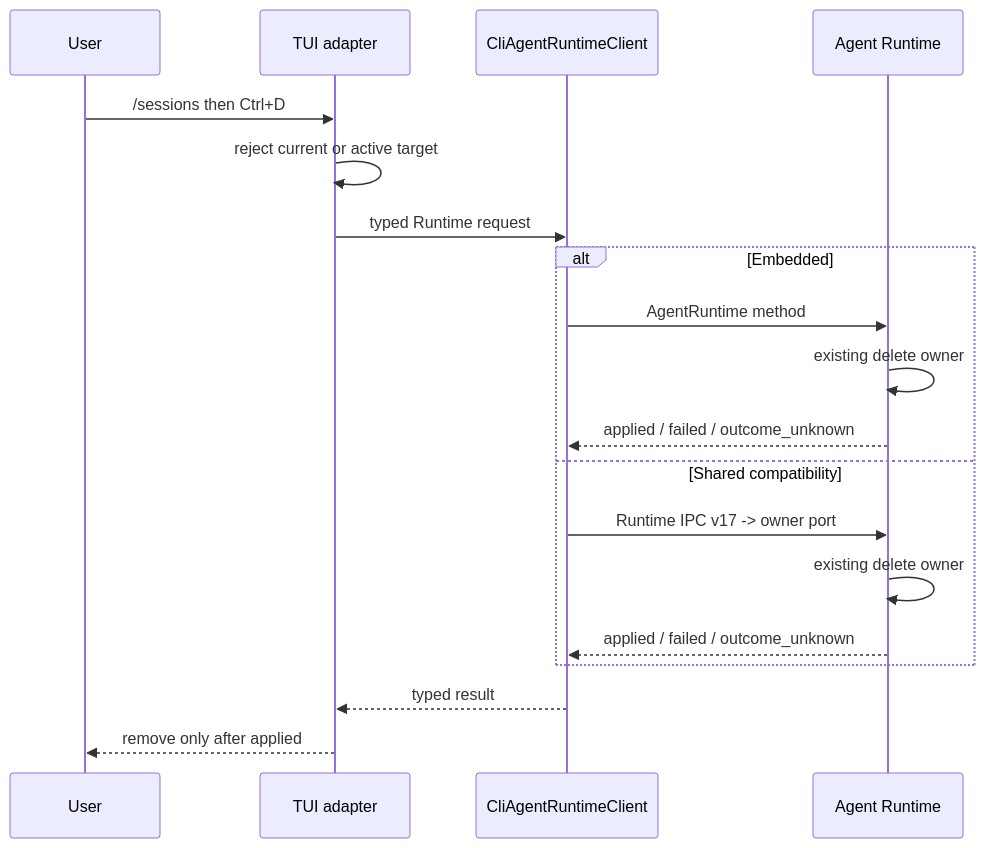
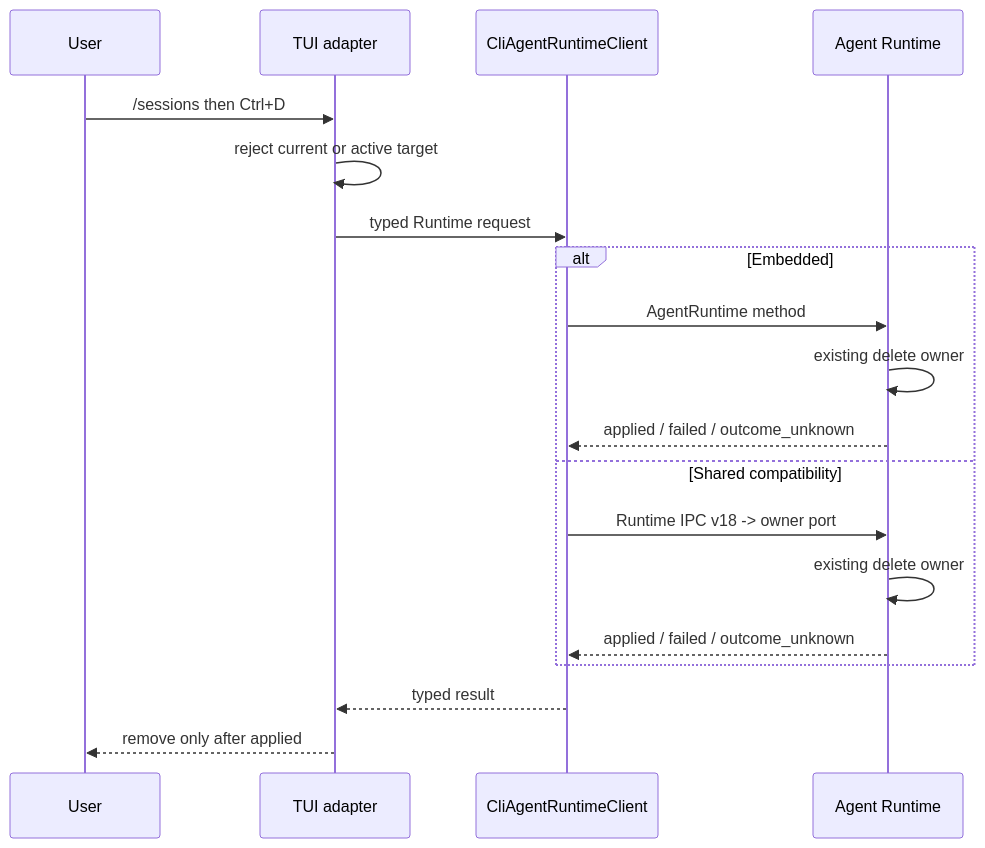
One commit to 116zoo/hc changed diagram 17 of 17 in docs/architecture/agent-runtime-deployment-design.md. Above: the diagram before and after it, drawn with Mermaid. The commit also changed other lines of this file and 16 other files, not shown here.

````diff
--- a/docs/architecture/agent-runtime-deployment-design.md
+++ b/docs/architecture/agent-runtime-deployment-design.md
@@ -484,22 +485,22 @@
 ```mermaid
 sequenceDiagram
   participant U as User
   participant T as TUI adapter
   participant C as CliAgentRuntimeClient
   participant R as Agent Runtime
 
   U->>T: /sessions then Ctrl+D
   T->>T: reject current or active target
   T->>C: typed Runtime request
   alt Embedded
     C->>R: AgentRuntime method
     R->>R: existing delete owner
     R-->>C: applied / failed / outcome_unknown
   else Shared compatibility
-    C->>R: Runtime IPC v17 -> owner port
+    C->>R: Runtime IPC v18 -> owner port
     R->>R: existing delete owner
     R-->>C: applied / failed / outcome_unknown
   end
   C-->>T: typed result
   T-->>U: remove only after applied
 ```
````
